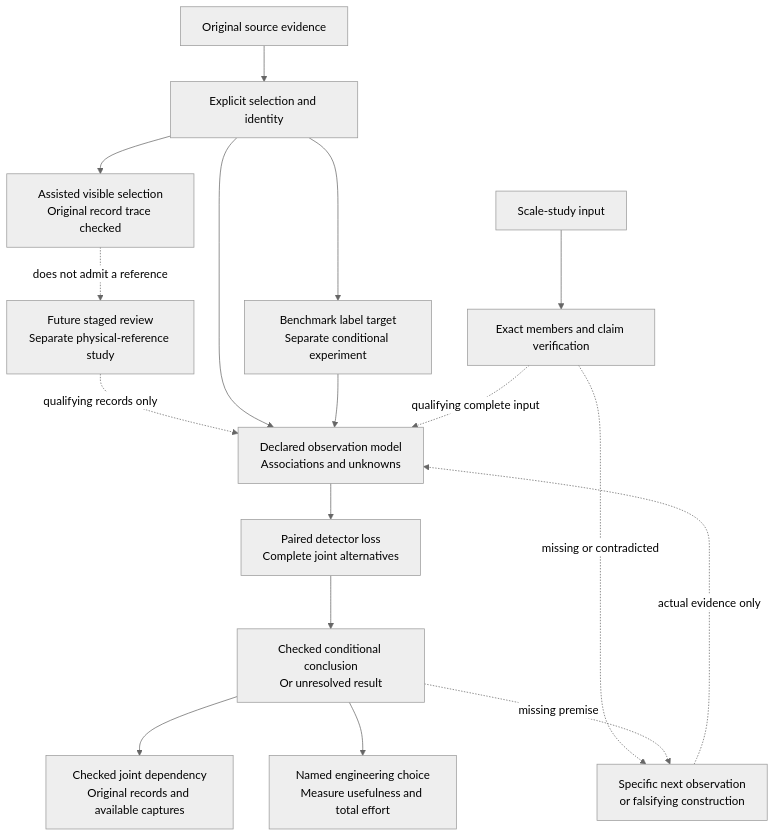
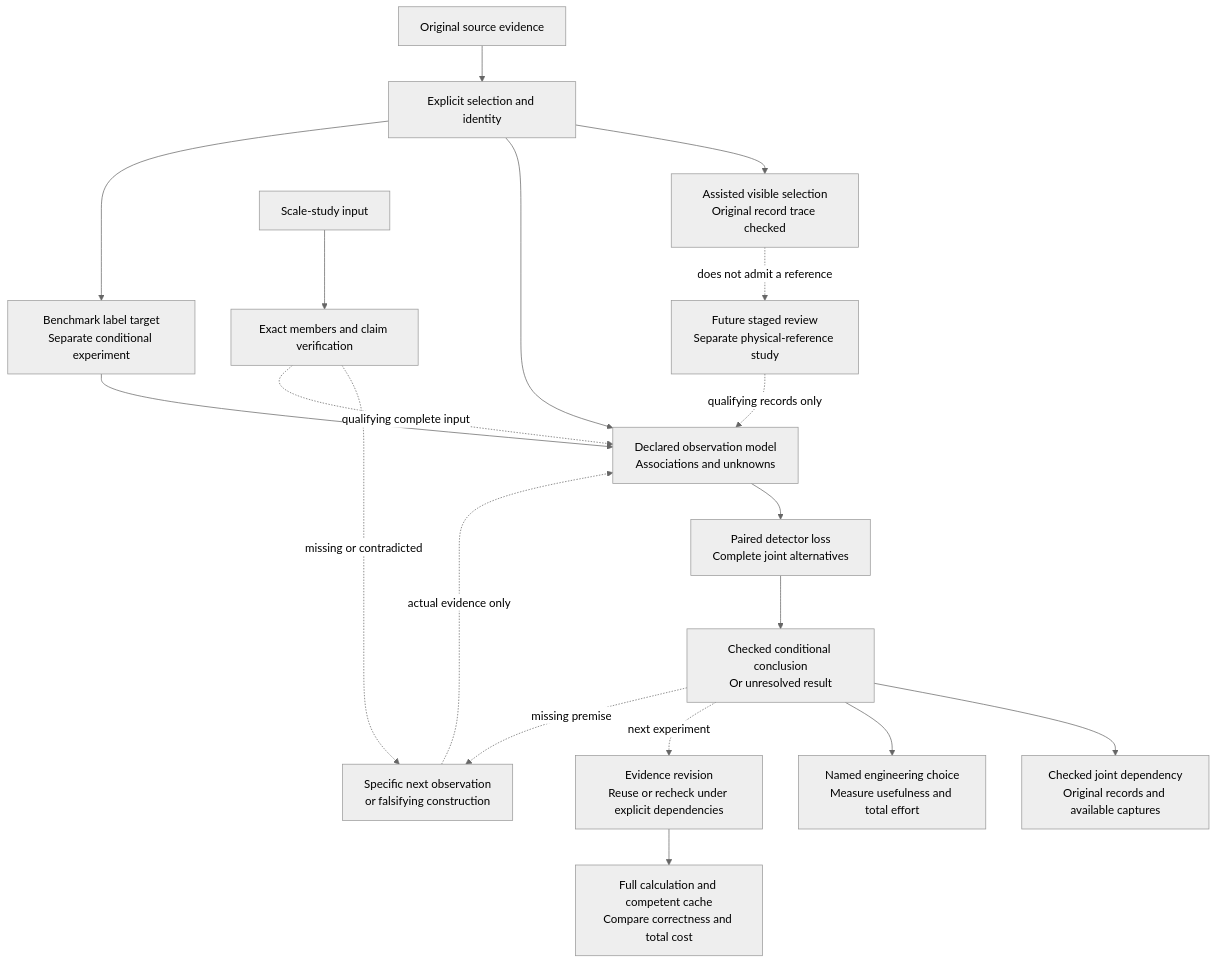
The first of 2 diagrams in docs/ENGINE_ROADMAP_2026-09-13.md (manfromnowhere143/reiyah), drawn with Mermaid (neutral theme) before and after one commit. The commit also changed other lines of this file and 4 other files, not shown here.

````diff
--- a/docs/ENGINE_ROADMAP_2026-09-13.md
+++ b/docs/ENGINE_ROADMAP_2026-09-13.md
@@ -38,19 +40,21 @@
 ```mermaid
 flowchart TB
   O["Original source evidence"] --> I["Explicit selection and identity"]
   I --> S["Assisted visible selection<br/>Original record trace checked"]
   S -. "does not admit a reference" .-> H["Future staged review<br/>Separate physical-reference study"]
   H -. "qualifying records only" .-> M
   I --> M["Declared observation model<br/>Associations and unknowns"]
   I --> B["Benchmark label target<br/>Separate conditional experiment"]
   B --> M
   M --> D["Paired detector loss<br/>Complete joint alternatives"]
   D --> C["Checked conditional conclusion<br/>Or unresolved result"]
   C --> T["Checked joint dependency<br/>Original records and available captures"]
   P["Scale-study input"] --> J["Exact members and claim verification"]
   J -. "missing or contradicted" .-> Q
   J -. "qualifying complete input" .-> M
   C --> U["Named engineering choice<br/>Measure usefulness and total effort"]
+  C -. "next experiment" .-> R["Evidence revision<br/>Reuse or recheck under explicit dependencies"]
+  R --> B0["Full calculation and competent cache<br/>Compare correctness and total cost"]
   C -. "missing premise" .-> Q["Specific next observation<br/>or falsifying construction"]
   Q -. "actual evidence only" .-> M
 ```
````
